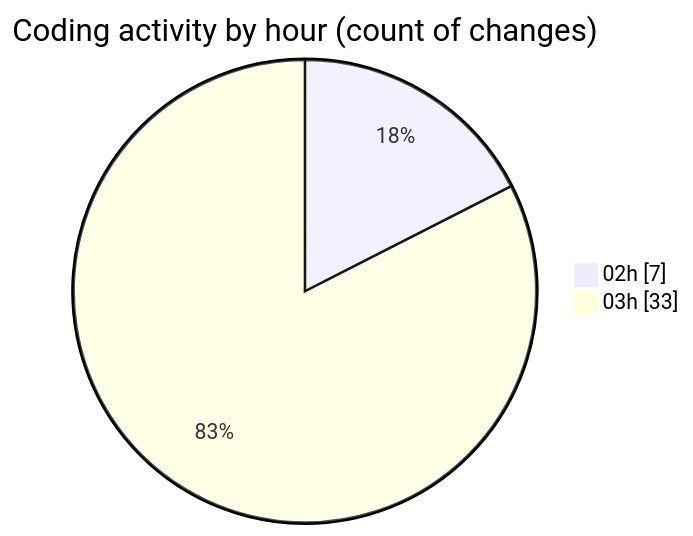
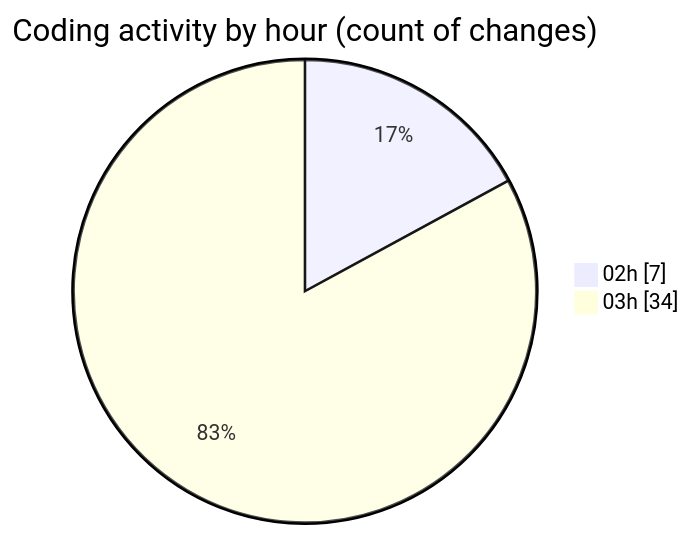
One commit to JenPaints/code-tracking changed the second of 2 diagrams in 2025-05-29/kimberly-groups/README.md. Above: the diagram before and after it, drawn with Mermaid. The commit also changed other lines of this file and 1 other file, not shown here.

````diff
--- a/2025-05-29/kimberly-groups/README.md
+++ b/2025-05-29/kimberly-groups/README.md
@@ -32,6 +32,6 @@
 ```mermaid
 pie showData
 title Coding activity by hour (count of changes)
 "02h" : 7
-"03h" : 33
+"03h" : 34
 ```
````
